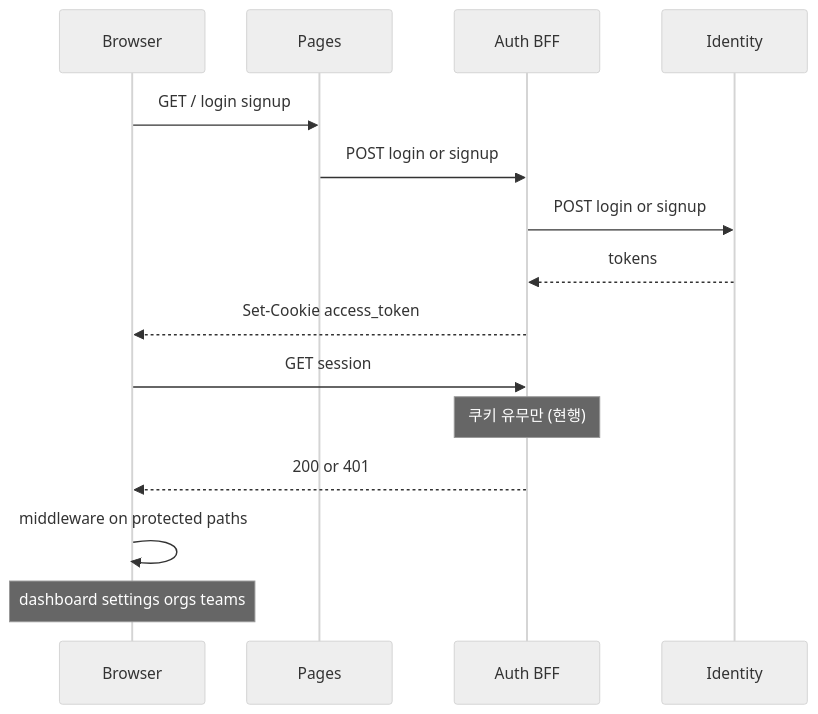
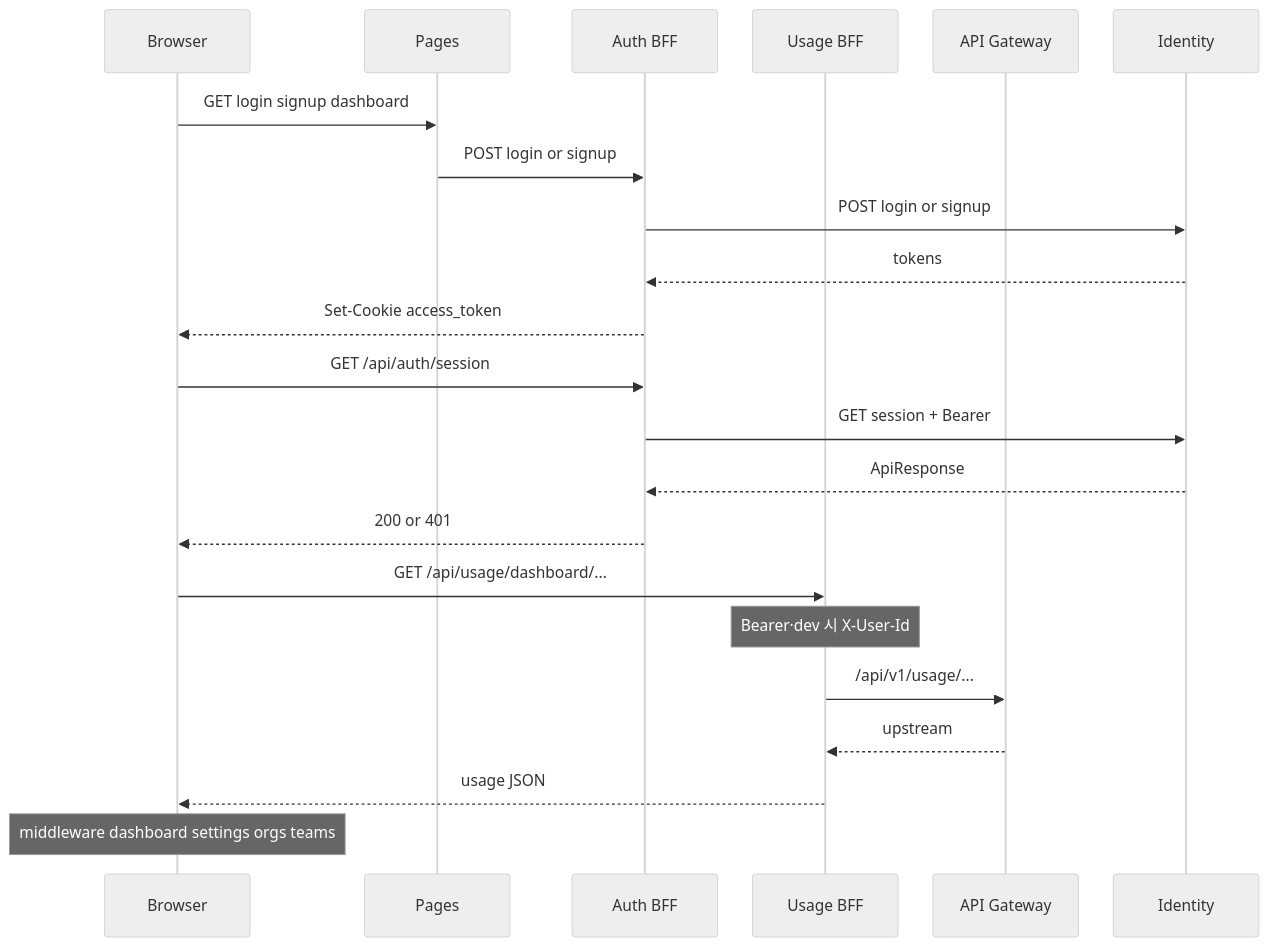
One commit to Park-Yena00/ai-api-usage-monitor changed the ninth of 11 diagrams in docs/c4-architecture-diagrams.md. Above: the diagram before and after it, drawn with Mermaid (neutral theme). The commit also changed other lines of this file and 4 other files, not shown here.

````diff
--- a/docs/c4-architecture-diagrams.md
+++ b/docs/c4-architecture-diagrams.md
@@ -372,21 +383,29 @@
 ```mermaid
 %%{init: {'sequence': {'actorMargin': 36, 'messageMargin': 18}}}%%
 sequenceDiagram
   participant B as Browser
   participant P as Pages
   participant H as Auth BFF
+  participant U as Usage BFF
+  participant GW as API Gateway
   participant I as Identity
 
-  B->>P: GET / login signup
+  B->>P: GET login signup dashboard
   P->>H: POST login or signup
   H->>I: POST login or signup
   I-->>H: tokens
   H-->>B: Set-Cookie access_token
 
-  B->>H: GET session
-  Note over H: 쿠키 유무만 (현행)
+  B->>H: GET /api/auth/session
+  H->>I: GET session + Bearer
+  I-->>H: ApiResponse
   H-->>B: 200 or 401
 
-  B->>B: middleware on protected paths
-  Note over B: dashboard settings orgs teams
+  B->>U: GET /api/usage/dashboard/...
+  Note over U: Bearer·dev 시 X-User-Id
+  U->>GW: /api/v1/usage/...
+  GW-->>U: upstream
+  U-->>B: usage JSON
+
+  Note over B: middleware dashboard settings orgs teams
 ```
````
